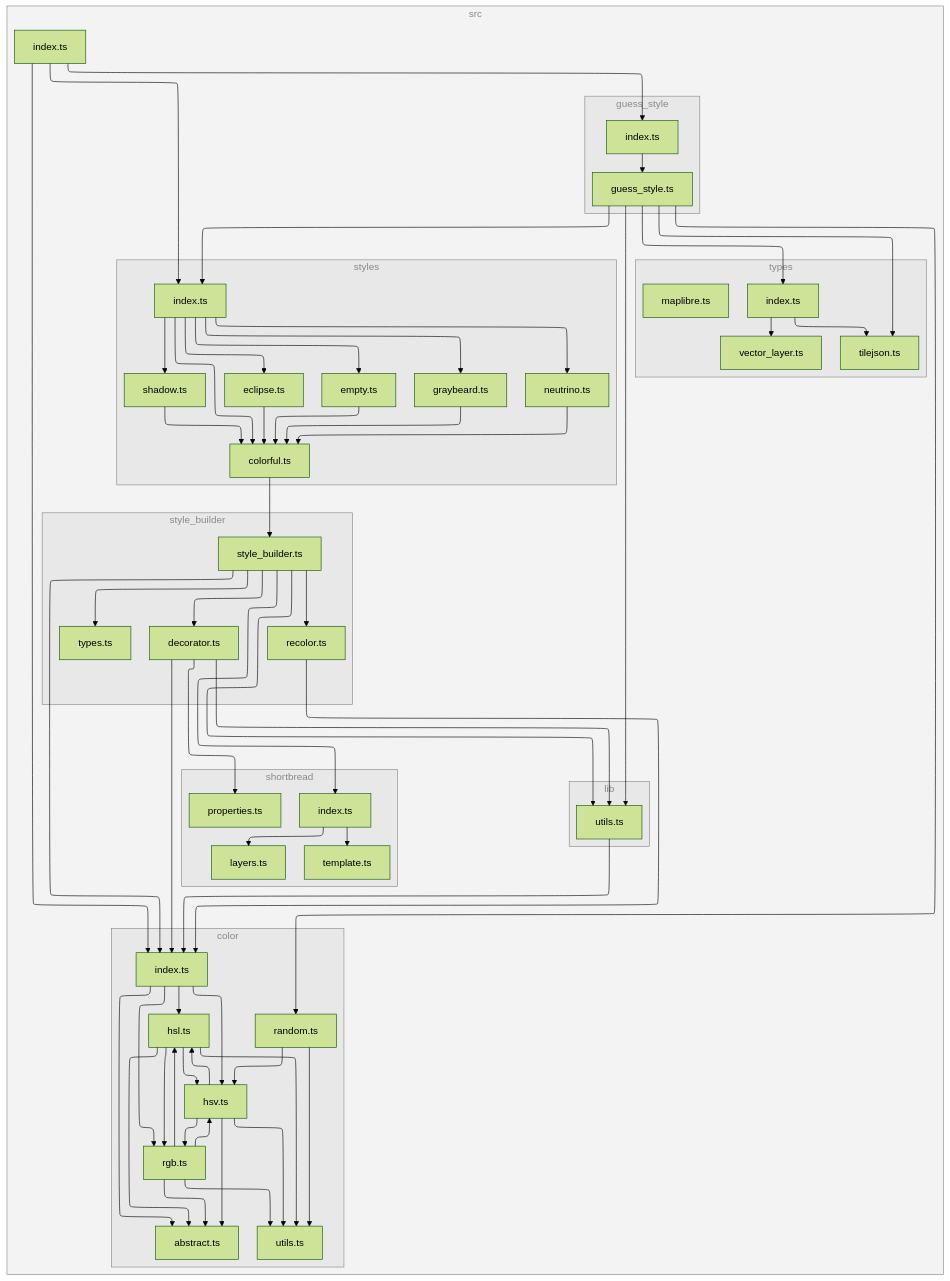
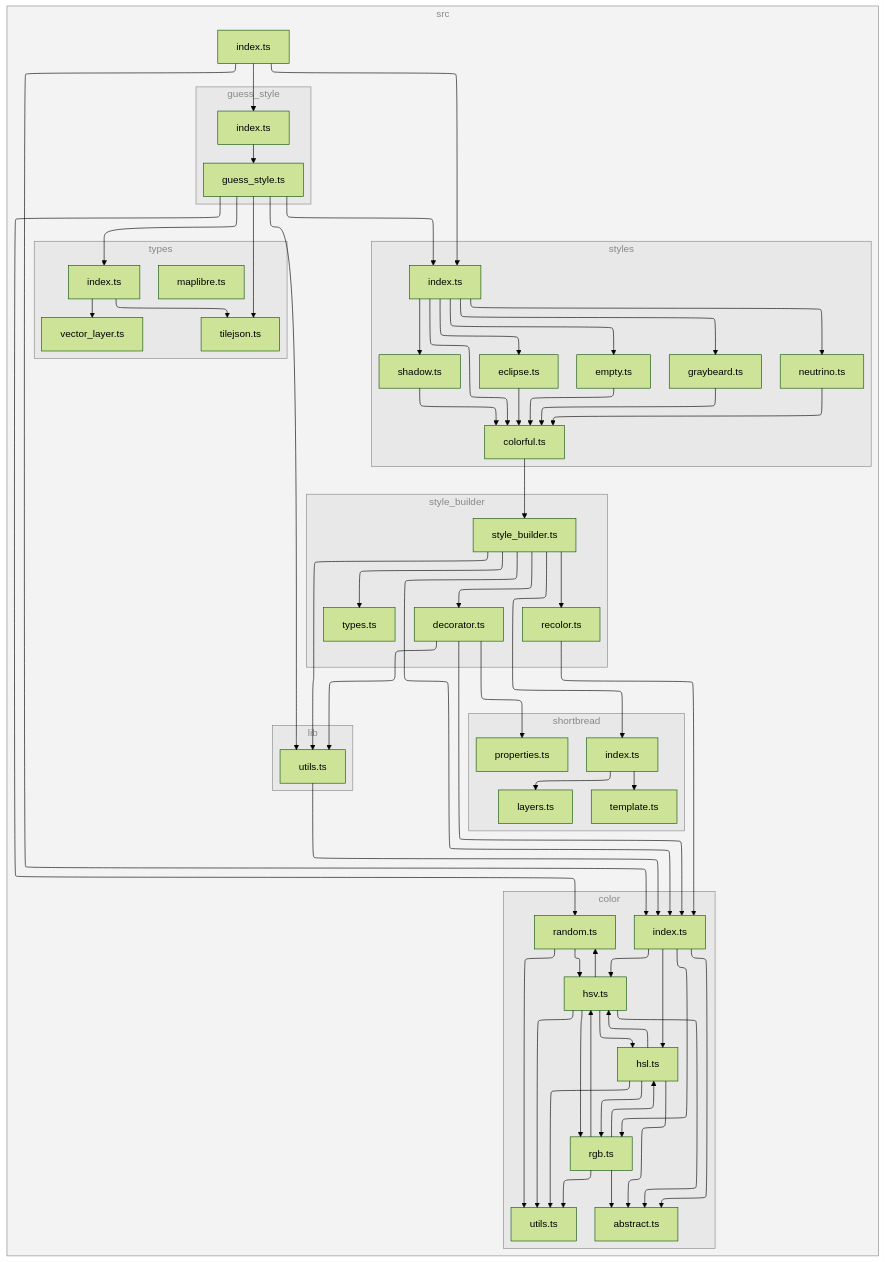
One commit to versatiles-org/versatiles-style changed the diagram in README.MD. Above: the diagram before and after it, drawn with Mermaid (forest theme). The commit also changed 1 other file, not shown here.

Commit message:
feat: add random color generation method to HSV class

```diff
--- a/README.MD
+++ b/README.MD
@@ -152,10 +152,10 @@
 2["abstract.ts"]
 3["hsl.ts"]
 4["hsv.ts"]
-5["rgb.ts"]
+5["random.ts"]
 6["utils.ts"]
-7["index.ts"]
-8["random.ts"]
+7["rgb.ts"]
+8["index.ts"]
 end
 subgraph 9["guess_style"]
 A["guess_style.ts"]
@@ -195,28 +195,29 @@
 end
 3-->2
 3-->4
-3-->5
+3-->7
 3-->6
 4-->2
 4-->3
 4-->5
+4-->7
 4-->6
-5-->2
-5-->3
 5-->4
 5-->6
 7-->2
 7-->3
 7-->4
-7-->5
+7-->6
+8-->2
+8-->3
 8-->4
-8-->6
-A-->8
+8-->7
+A-->5
 A-->C
 A-->E
 A-->W
 A-->X
-C-->7
+C-->8
 E-->F
 E-->Q
 E-->R
@@ -224,7 +225,7 @@
 E-->T
 E-->U
 F-->H
-H-->7
+H-->8
 H-->C
 H-->J
 H-->M
@@ -232,10 +233,10 @@
 H-->P
 J-->K
 J-->L
-M-->7
+M-->8
 M-->C
 M-->N
-O-->7
+O-->8
 Q-->F
 R-->F
 S-->F
@@ -244,7 +245,7 @@
 W-->X
 W-->Y
 Z-->A
-10-->7
+10-->8
 10-->Z
 10-->E
 
```
